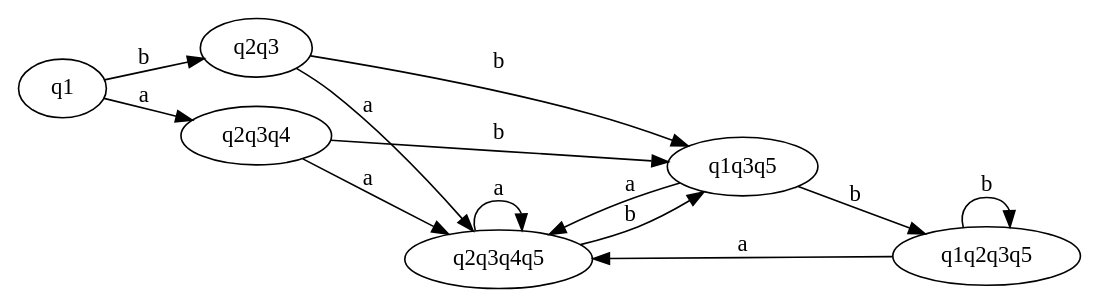
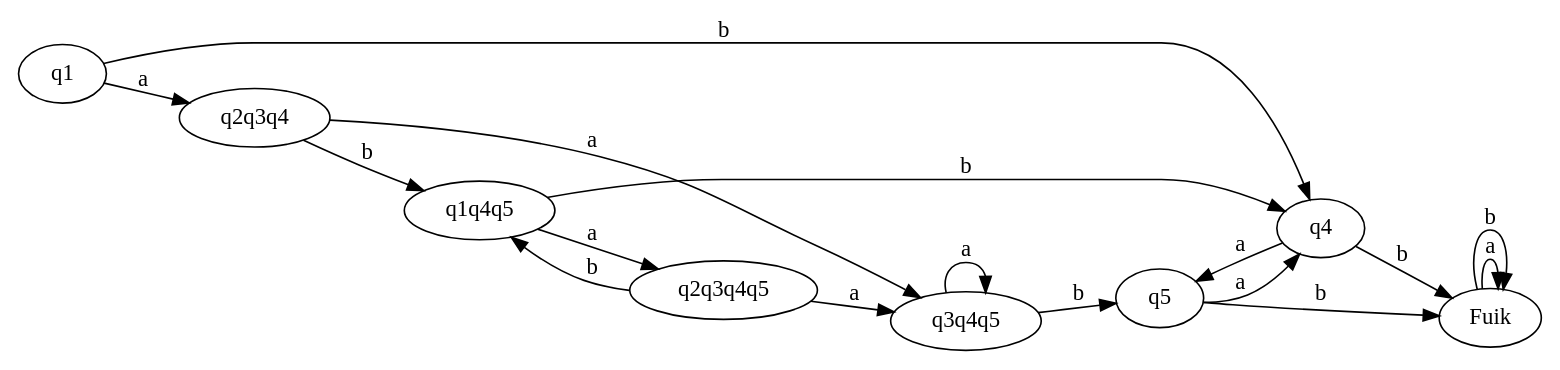
One commit to bas200o/formele-methoden changed the diagram in formele_methoden/graphs/graph_2.dot. Above: the diagram before and after it, drawn with Graphviz. The commit also changed 8 other files, not shown here.

```diff
--- a/formele_methoden/graphs/graph_2.dot
+++ b/formele_methoden/graphs/graph_2.dot
@@ -1,16 +1,20 @@
 digraph graph_2
 {
 	rankdir =  LR; node_start [label = "", shape = none]; 
 	q1 -> q2q3q4 [label=a]; 
-	q1 -> q2q3 [label=b]; 
-	q2q3q4 -> q2q3q4q5 [label=a]; 
-	q2q3q4 -> q1q3q5 [label=b]; 
-	q2q3 -> q2q3q4q5 [label=a]; 
-	q2q3 -> q1q3q5 [label=b]; 
-	q2q3q4q5 -> q2q3q4q5 [label=a]; 
-	q2q3q4q5 -> q1q3q5 [label=b]; 
-	q1q3q5 -> q2q3q4q5 [label=a]; 
-	q1q3q5 -> q1q2q3q5 [label=b]; 
-	q1q2q3q5 -> q2q3q4q5 [label=a]; 
-	q1q2q3q5 -> q1q2q3q5 [label=b]; 
+	q1 -> q4 [label=b]; 
+	q2q3q4 -> q3q4q5 [label=a]; 
+	q2q3q4 -> q1q4q5 [label=b]; 
+	q4 -> q5 [label=a]; 
+	q4 -> Fuik [label=b]; 
+	q3q4q5 -> q3q4q5 [label=a]; 
+	q3q4q5 -> q5 [label=b]; 
+	q1q4q5 -> q2q3q4q5 [label=a]; 
+	q1q4q5 -> q4 [label=b]; 
+	q5 -> q4 [label=a]; 
+	q5 -> Fuik [label=b]; 
+	Fuik -> Fuik [label=a]; 
+	Fuik -> Fuik [label=b]; 
+	q2q3q4q5 -> q3q4q5 [label=a]; 
+	q2q3q4q5 -> q1q4q5 [label=b]; 
 }
```
